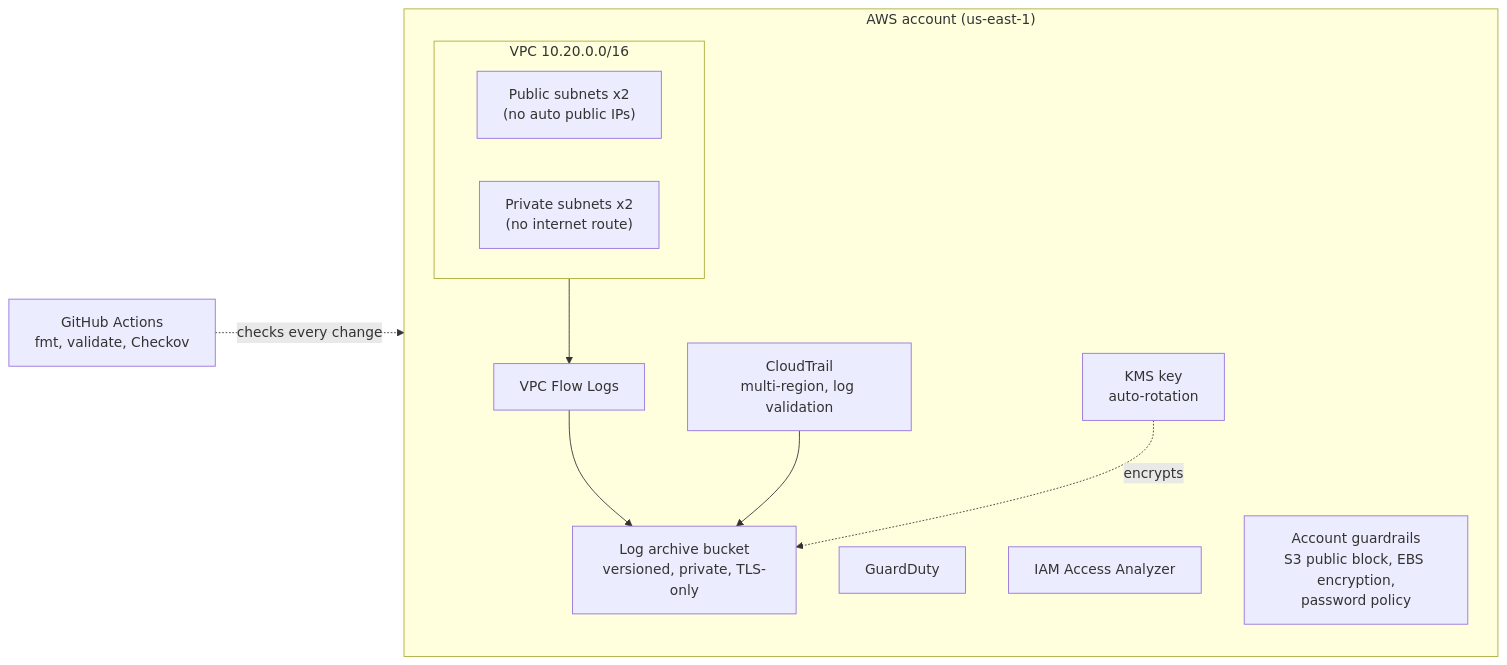
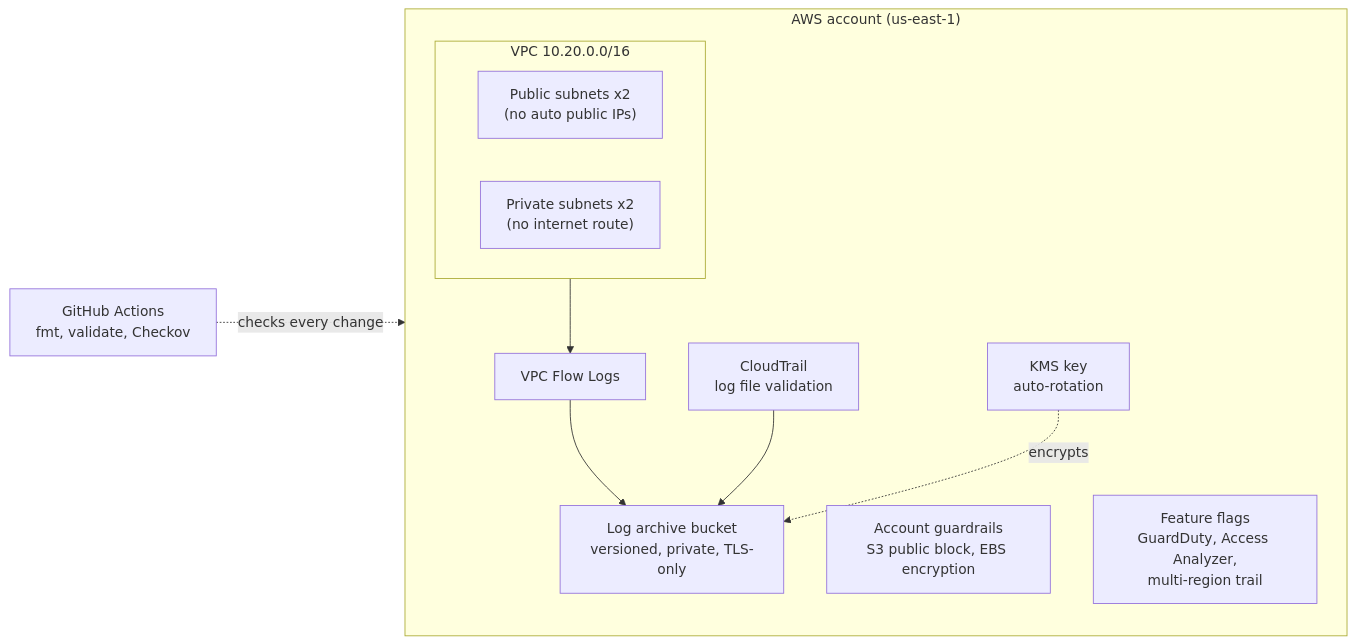
One commit to ShabangTech/aws-hipaa-landing-zone changed the diagram in README.md. Above: the diagram before and after it, drawn with Mermaid. The commit also changed other lines of this file and 10 other files, not shown here.

Commit message:
Support AWS projects accounts: feature flags for GuardDuty, Access Analyzer, password policy and multi-region trail; aws login setup

````diff
--- a/README.md
+++ b/README.md
@@ -11,20 +11,19 @@
 ```mermaid
 flowchart LR
     subgraph Account["AWS account (us-east-1)"]
         subgraph VPC["VPC 10.20.0.0/16"]
             PUB["Public subnets x2<br/>(no auto public IPs)"]
             PRIV["Private subnets x2<br/>(no internet route)"]
         end
-        CT["CloudTrail<br/>multi-region, log validation"]
+        CT["CloudTrail<br/>log file validation"]
         FL["VPC Flow Logs"]
         KMS["KMS key<br/>auto-rotation"]
         S3["Log archive bucket<br/>versioned, private, TLS-only"]
-        GD["GuardDuty"]
-        AA["IAM Access Analyzer"]
-        BASE["Account guardrails<br/>S3 public block, EBS encryption,<br/>password policy"]
+        BASE["Account guardrails<br/>S3 public block, EBS encryption"]
+        OPT["Feature flags<br/>GuardDuty, Access Analyzer,<br/>multi-region trail"]
     end
     VPC --> FL --> S3
     CT --> S3
     KMS -. encrypts .-> S3
     GH["GitHub Actions<br/>fmt, validate, Checkov"] -. checks every change .-> Account
 ```
````
